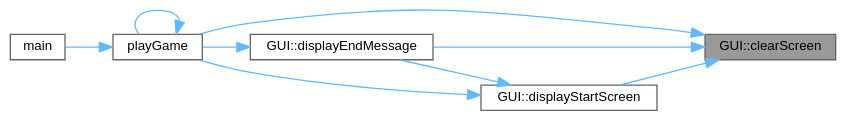
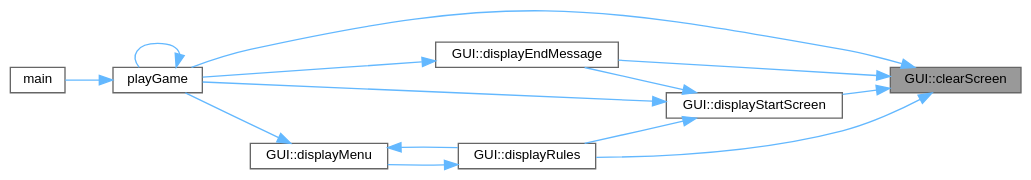
Before and after one commit to jesstyrrell/cosc345: the diagram in class_g_u_i_acf2275f45170a133113df56f878ff554_icgraph.dot, drawn with Graphviz. The commit also changed 144 other files, not shown here.

```diff
--- a/class_g_u_i_acf2275f45170a133113df56f878ff554_icgraph.dot
+++ b/class_g_u_i_acf2275f45170a133113df56f878ff554_icgraph.dot
@@ -1,22 +1,29 @@
 digraph "GUI::clearScreen"
 {
  // INTERACTIVE_SVG=YES
  // LATEX_PDF_SIZE
   bgcolor="transparent";
   edge [fontname=Helvetica,fontsize=10,labelfontname=Helvetica,labelfontsize=10];
   node [fontname=Helvetica,fontsize=10,shape=box,height=0.2,width=0.4];
   rankdir="RL";
   Node1 [id="Node000001",label="GUI::clearScreen",height=0.2,width=0.4,color="gray40", fillcolor="grey60", style="filled", fontcolor="black",tooltip="Clears the console screen."];
   Node1 -> Node2 [id="edge1_Node000001_Node000002",dir="back",color="steelblue1",style="solid",tooltip=" "];
   Node2 [id="Node000002",label="GUI::displayEndMessage",height=0.2,width=0.4,color="grey40", fillcolor="white", style="filled",URL="$class_g_u_i.html#a663dad721796a4f367c2534e1901fc97",tooltip="Displays the end message when the game is over."];
   Node2 -> Node3 [id="edge2_Node000002_Node000003",dir="back",color="steelblue1",style="solid",tooltip=" "];
   Node3 [id="Node000003",label="playGame",height=0.2,width=0.4,color="grey40", fillcolor="white", style="filled",URL="$main_8cpp.html#a4cbfdb17bf51e00546880626f7e80429",tooltip=" "];
   Node3 -> Node4 [id="edge3_Node000003_Node000004",dir="back",color="steelblue1",style="solid",tooltip=" "];
   Node4 [id="Node000004",label="main",height=0.2,width=0.4,color="grey40", fillcolor="white", style="filled",URL="$main_8cpp.html#a0ddf1224851353fc92bfbff6f499fa97",tooltip=" "];
   Node3 -> Node3 [id="edge4_Node000003_Node000003",dir="back",color="steelblue1",style="solid",tooltip=" "];
   Node1 -> Node5 [id="edge5_Node000001_Node000005",dir="back",color="steelblue1",style="solid",tooltip=" "];
-  Node5 [id="Node000005",label="GUI::displayStartScreen",height=0.2,width=0.4,color="grey40", fillcolor="white", style="filled",URL="$class_g_u_i.html#a0dc53c5a6daa0f01b57c4d4731b4d933",tooltip="Displays the start screen of the game."];
-  Node5 -> Node2 [id="edge6_Node000005_Node000002",dir="back",color="steelblue1",style="solid",tooltip=" "];
-  Node5 -> Node3 [id="edge7_Node000005_Node000003",dir="back",color="steelblue1",style="solid",tooltip=" "];
-  Node1 -> Node3 [id="edge8_Node000001_Node000003",dir="back",color="steelblue1",style="solid",tooltip=" "];
+  Node5 [id="Node000005",label="GUI::displayRules",height=0.2,width=0.4,color="grey40", fillcolor="white", style="filled",URL="$class_g_u_i.html#aa89e71ae5dec1f83fefbc36147f2ae8d",tooltip=" "];
+  Node5 -> Node6 [id="edge6_Node000005_Node000006",dir="back",color="steelblue1",style="solid",tooltip=" "];
+  Node6 [id="Node000006",label="GUI::displayMenu",height=0.2,width=0.4,color="grey40", fillcolor="white", style="filled",URL="$class_g_u_i.html#a48d92746fefe3c11de167dcddc22346f",tooltip="Displays the main menu of the game."];
+  Node6 -> Node5 [id="edge7_Node000006_Node000005",dir="back",color="steelblue1",style="solid",tooltip=" "];
+  Node6 -> Node3 [id="edge8_Node000006_Node000003",dir="back",color="steelblue1",style="solid",tooltip=" "];
+  Node1 -> Node7 [id="edge9_Node000001_Node000007",dir="back",color="steelblue1",style="solid",tooltip=" "];
+  Node7 [id="Node000007",label="GUI::displayStartScreen",height=0.2,width=0.4,color="grey40", fillcolor="white", style="filled",URL="$class_g_u_i.html#a0dc53c5a6daa0f01b57c4d4731b4d933",tooltip="Displays the start screen of the game."];
+  Node7 -> Node2 [id="edge10_Node000007_Node000002",dir="back",color="steelblue1",style="solid",tooltip=" "];
+  Node7 -> Node5 [id="edge11_Node000007_Node000005",dir="back",color="steelblue1",style="solid",tooltip=" "];
+  Node7 -> Node3 [id="edge12_Node000007_Node000003",dir="back",color="steelblue1",style="solid",tooltip=" "];
+  Node1 -> Node3 [id="edge13_Node000001_Node000003",dir="back",color="steelblue1",style="solid",tooltip=" "];
 }
```
